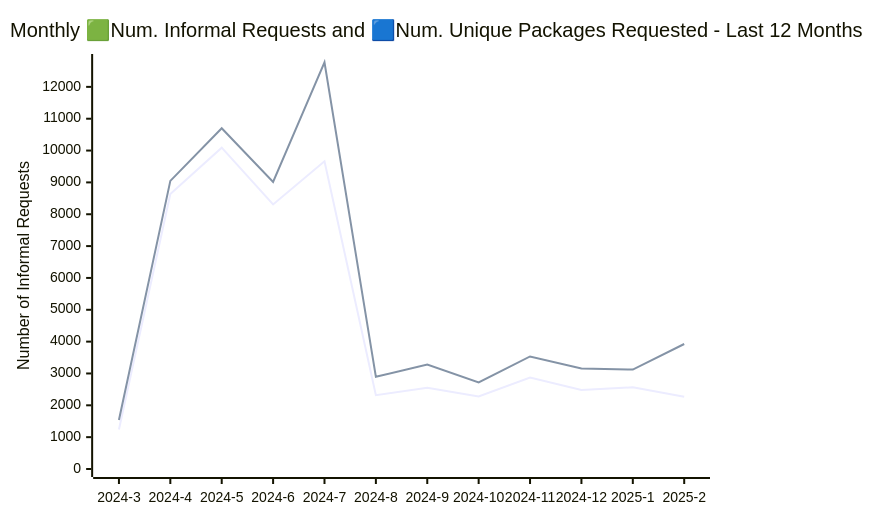
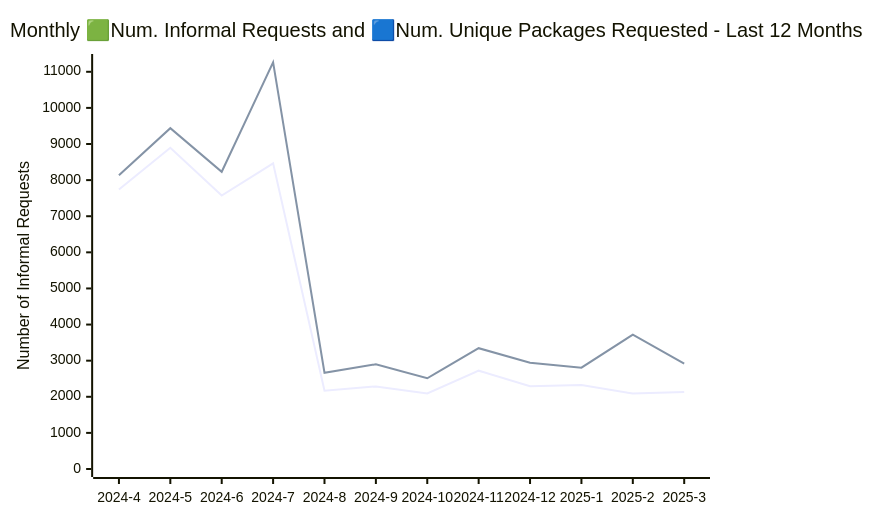
Before and after one commit to open-data/analytics-corporate-reporting: the diagram in ATI_INFORMAL_REPORT/readme.md, drawn with Mermaid. The commit also changed other lines of this file and 5 other files, not shown here.

````diff
--- a/ATI_INFORMAL_REPORT/readme.md
+++ b/ATI_INFORMAL_REPORT/readme.md
@@ -17,11 +17,11 @@
 ```mermaid
 
 xychart-beta
     title "Monthly 🟩Num. Informal Requests and 🟦Num. Unique Packages Requested - Last 12 Months"
-    x-axis [2024-3, 2024-4, 2024-5, 2024-6, 2024-7, 2024-8, 2024-9, 2024-10, 2024-11, 2024-12, 2025-1, 2025-2]
-    y-axis "Unique Packages" 0 --> 10100
-    y-axis "Number of Informal Requests" 0 --> 12781
+    x-axis [2024-4, 2024-5, 2024-6, 2024-7, 2024-8, 2024-9, 2024-10, 2024-11, 2024-12, 2025-1, 2025-2, 2025-3]
+    y-axis "Unique Packages" 0 --> 8904
+    y-axis "Number of Informal Requests" 0 --> 11271
 
-    line [1242, 8636, 10090, 8309, 9663, 2317, 2554, 2275, 2873, 2481, 2564, 2268]
-    line [1540, 9047, 10700, 9014, 12771, 2894, 3280, 2719, 3534, 3159, 3122, 3926]
+    line [7741, 8894, 7574, 8466, 2170, 2286, 2093, 2723, 2293, 2323, 2088, 2134]
+    line [8134, 9438, 8231, 11261, 2665, 2900, 2513, 3346, 2941, 2807, 3720, 2920]
 ```
````
